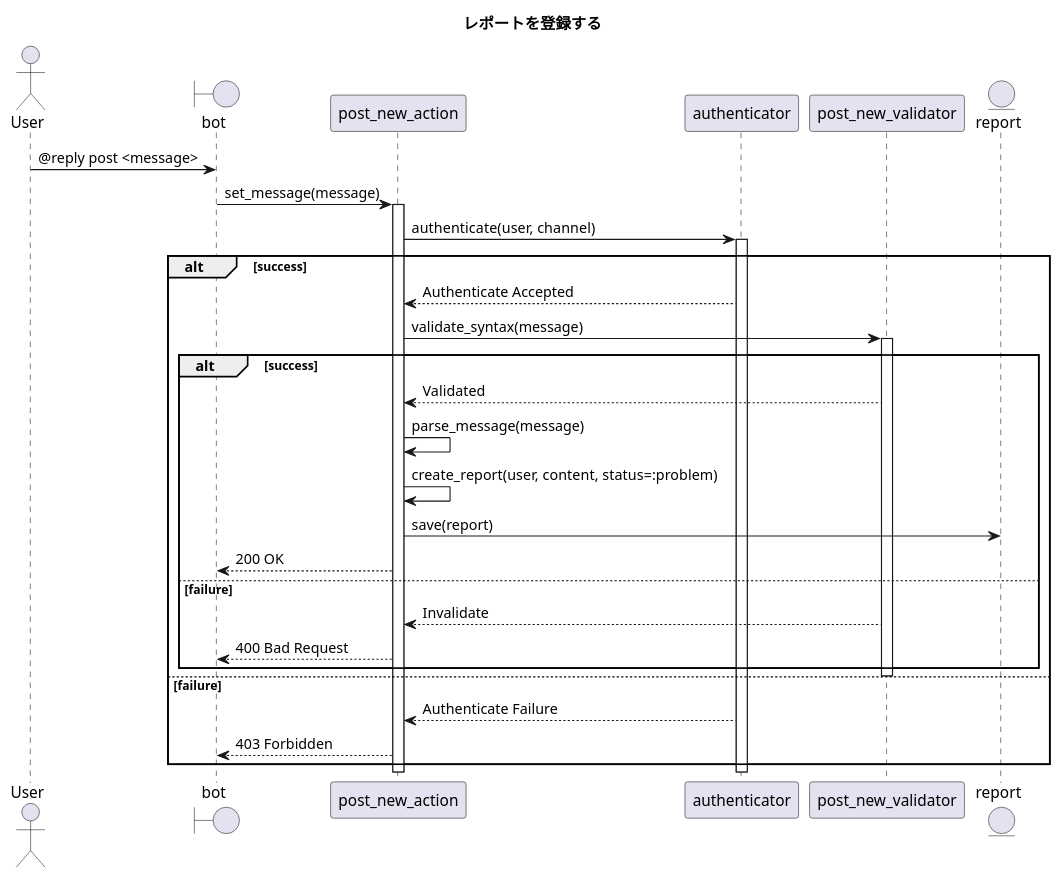
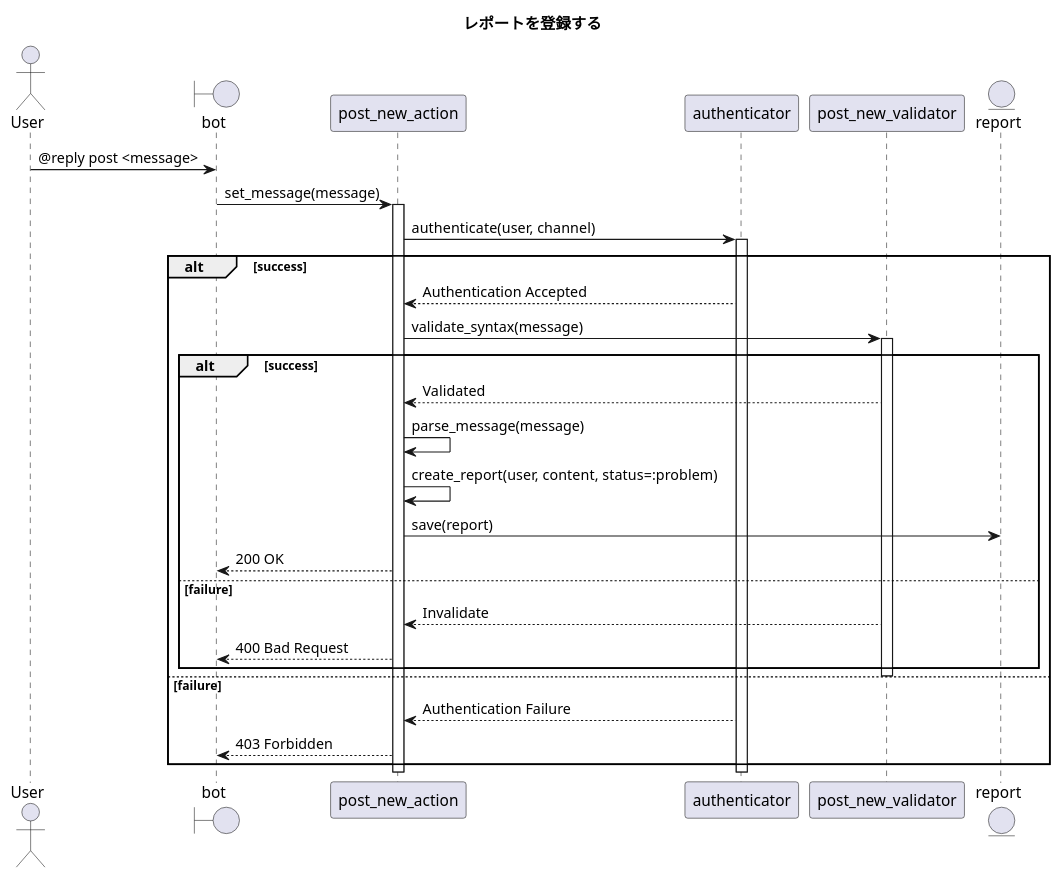
Before and after one commit to ito-masam/kpt-guard.doc: the diagram in 1.design/5.sequences/post-report-new.md, drawn with PlantUML. The commit also changed 1 other file, not shown here.

Commit message:
シーケンスの修正を追加

```diff
--- a/1.design/5.sequences/post-report-new.md
+++ b/1.design/5.sequences/post-report-new.md
@@ -1,43 +1,43 @@
 @startuml
 
     ' ----------- meta
     title レポートを登録する
 
     actor User
     boundary bot
     participant post_new_action
     participant authenticator
     participant post_new_validator
     entity report
 
     ' ----------- main
     User -> bot : @reply post <message>
     bot -> post_new_action : set_message(message)
     activate post_new_action
       post_new_action -> authenticator : authenticate(user, channel)
       activate authenticator
         alt success
-          authenticator --> post_new_action : Authenticate Accepted
+          authenticator --> post_new_action : Authentication Accepted
           post_new_action -> post_new_validator : validate_syntax(message)
           activate post_new_validator
             alt success
               post_new_validator --> post_new_action : Validated
               post_new_action -> post_new_action : parse_message(message)
               post_new_action -> post_new_action : create_report(user, content, status=:problem)
               post_new_action -> report : save(report)
               post_new_action --> bot : 200 OK
             else failure
               ' ----------- alternative
               post_new_validator --> post_new_action : Invalidate
               post_new_action --> bot : 400 Bad Request
             end
           deactivate post_new_validator
         else failure
           ' ----------- alternative
-          authenticator --> post_new_action : Authenticate Failure
+          authenticator --> post_new_action : Authentication Failure
           post_new_action --> bot : 403 Forbidden
         end
       deactivate authenticator
     deactivate post_new_action
 
 @enduml
```
